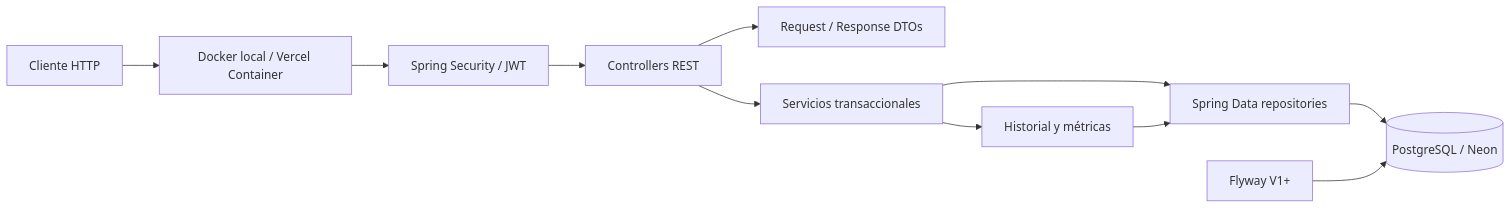
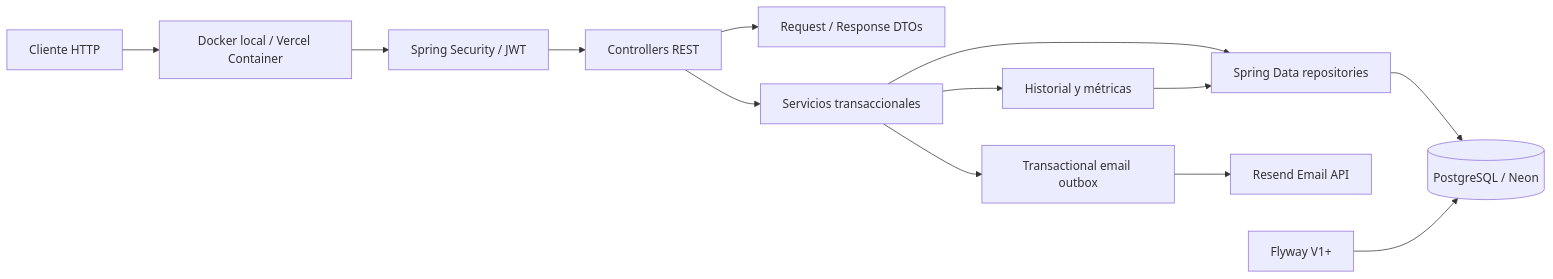
The first of 2 diagrams in README.md (Djorka98/incidentops), drawn with Mermaid before and after one commit. The commit also changed other lines of this file and 58 other files, not shown here.

````diff
--- a/README.md
+++ b/README.md
@@ -48,13 +50,15 @@
 ```mermaid
 flowchart LR
     Client[Cliente HTTP] --> Runtime[Docker local / Vercel Container]
     Runtime --> Security[Spring Security / JWT]
     Security --> Controller[Controllers REST]
     Controller --> DTO[Request / Response DTOs]
     Controller --> Service[Servicios transaccionales]
     Service --> Repository[Spring Data repositories]
     Repository --> DB[(PostgreSQL / Neon)]
+    Service --> Outbox[Transactional email outbox]
+    Outbox --> Resend[Resend Email API]
     Flyway[Flyway V1+] --> DB
     Service --> History[Historial y métricas]
     History --> Repository
 ```
````
